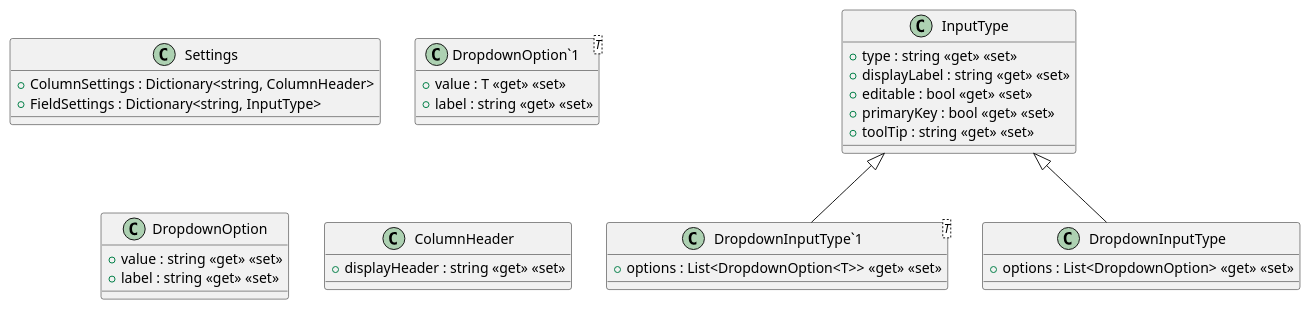
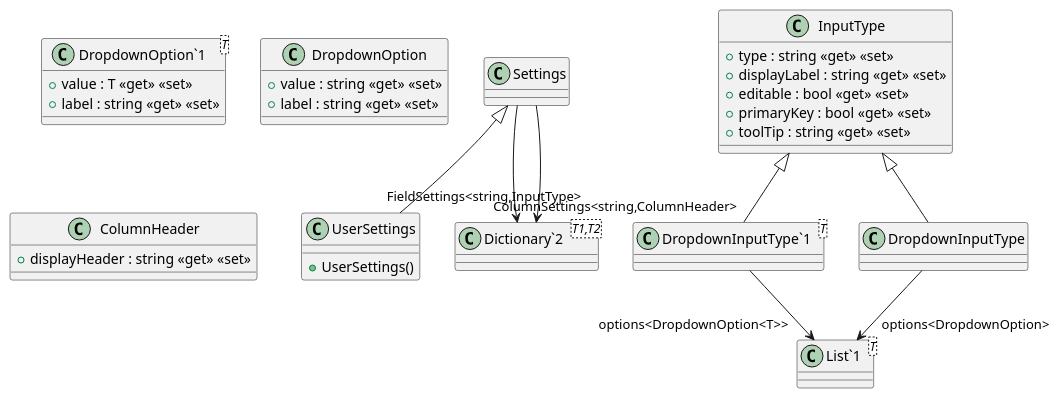
The diagram in YouthActionDotNet/UML/Models/Settings.puml (timothxy/ICT2106_P3_Project), drawn with PlantUML before and after one commit. The commit also changed 31 other files, not shown here.

Commit message:
update uml

```diff
--- a/YouthActionDotNet/UML/Models/Settings.puml
+++ b/YouthActionDotNet/UML/Models/Settings.puml
@@ -1,32 +1,40 @@
 @startuml
 class Settings {
-    + ColumnSettings : Dictionary<string, ColumnHeader>
-    + FieldSettings : Dictionary<string, InputType>
+}
+class UserSettings {
+    + UserSettings()
 }
 class InputType {
     + type : string <<get>> <<set>>
     + displayLabel : string <<get>> <<set>>
     + editable : bool <<get>> <<set>>
     + primaryKey : bool <<get>> <<set>>
     + toolTip : string <<get>> <<set>>
 }
 class "DropdownInputType`1"<T> {
-    + options : List<DropdownOption<T>> <<get>> <<set>>
 }
 class DropdownInputType {
-    + options : List<DropdownOption> <<get>> <<set>>
 }
 class "DropdownOption`1"<T> {
     + value : T <<get>> <<set>>
     + label : string <<get>> <<set>>
 }
 class DropdownOption {
     + value : string <<get>> <<set>>
     + label : string <<get>> <<set>>
 }
 class ColumnHeader {
     + displayHeader : string <<get>> <<set>>
 }
+class "Dictionary`2"<T1,T2> {
+}
+class "List`1"<T> {
+}
+Settings --> "ColumnSettings<string,ColumnHeader>" "Dictionary`2"
+Settings --> "FieldSettings<string,InputType>" "Dictionary`2"
+Settings <|-- UserSettings
 InputType <|-- "DropdownInputType`1"
+"DropdownInputType`1" --> "options<DropdownOption<T>>" "List`1"
 InputType <|-- DropdownInputType
+DropdownInputType --> "options<DropdownOption>" "List`1"
 @enduml
```
